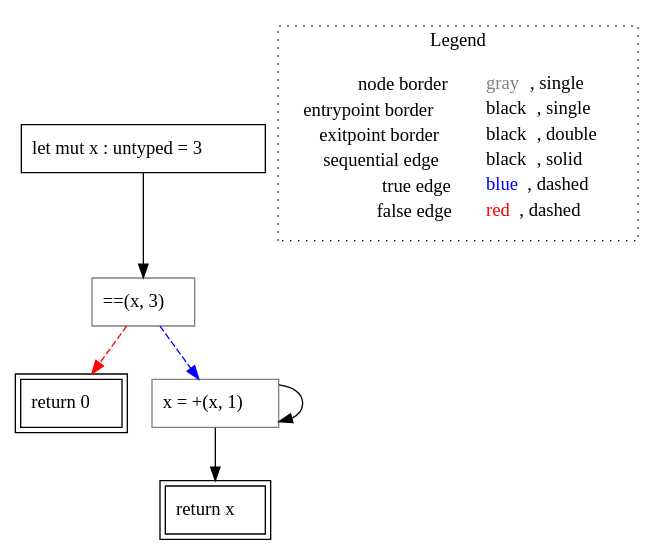
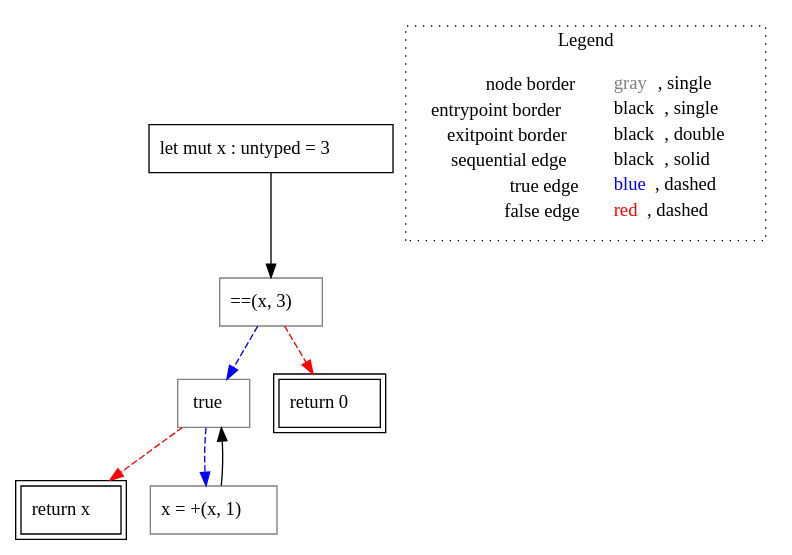
One commit to VincenzoArceri/rust-lisa changed the diagram in rust-lisa/rust-testcases/cfg/implicit-return/i32_rust-testcases_cfg_implicit-return_implicit-return.rs.func4().dot. Above: the diagram before and after it, drawn with Graphviz. The commit also changed 7 other files, not shown here.

```diff
--- a/rust-lisa/rust-testcases/cfg/implicit-return/i32_rust-testcases_cfg_implicit-return_implicit-return.rs.func4().dot
+++ b/rust-lisa/rust-testcases/cfg/implicit-return/i32_rust-testcases_cfg_implicit-return_implicit-return.rs.func4().dot
@@ -1,19 +1,21 @@
 digraph {
 	"node0" [shape="rect",color="black",label=<let mut x : untyped = 3>];
 	"node1" [shape="rect",color="black",peripheries="2",label=<return x>];
 	"node2" [shape="rect",color="gray",label=<==(x, 3)>];
-	"node3" [shape="rect",color="black",peripheries="2",label=<return 0>];
-	"node4" [shape="rect",color="gray",label=<x = +(x, 1)>];
-	"node2" -> "node3" [color="red",style="dashed"];
-	"node2" -> "node4" [color="blue",style="dashed"];
+	"node3" [shape="rect",color="gray",label=<true>];
+	"node4" [shape="rect",color="black",peripheries="2",label=<return 0>];
+	"node5" [shape="rect",color="gray",label=<x = +(x, 1)>];
+	"node2" -> "node3" [color="blue",style="dashed"];
+	"node2" -> "node4" [color="red",style="dashed"];
+	"node3" -> "node1" [color="red",style="dashed"];
+	"node3" -> "node5" [color="blue",style="dashed"];
 	"node0" -> "node2" [color="black"];
-	"node4" -> "node1" [color="black"];
-	"node4" -> "node4" [color="black"];
+	"node5" -> "node3" [color="black"];
 subgraph cluster_legend {
 	label="Legend";
 	style=dotted;
 	node [shape=plaintext];
 	"legend" [label=<<table border="0" cellpadding="2" cellspacing="0" cellborder="0"><tr><td align="right">node border&nbsp;</td><td align="left"><font color="gray">gray</font>, single</td></tr><tr><td align="right">entrypoint border&nbsp;</td><td align="left"><font color="black">black</font>, single</td></tr><tr><td align="right">exitpoint border&nbsp;</td><td align="left"><font color="black">black</font>, double</td></tr><tr><td align="right">sequential edge&nbsp;</td><td align="left"><font color="black">black</font>, solid</td></tr><tr><td align="right">true edge&nbsp;</td><td align="left"><font color="blue">blue</font>, dashed</td></tr><tr><td align="right">false edge&nbsp;</td><td align="left"><font color="red">red</font>, dashed</td></tr></table>>];
 }
 
 }
```
